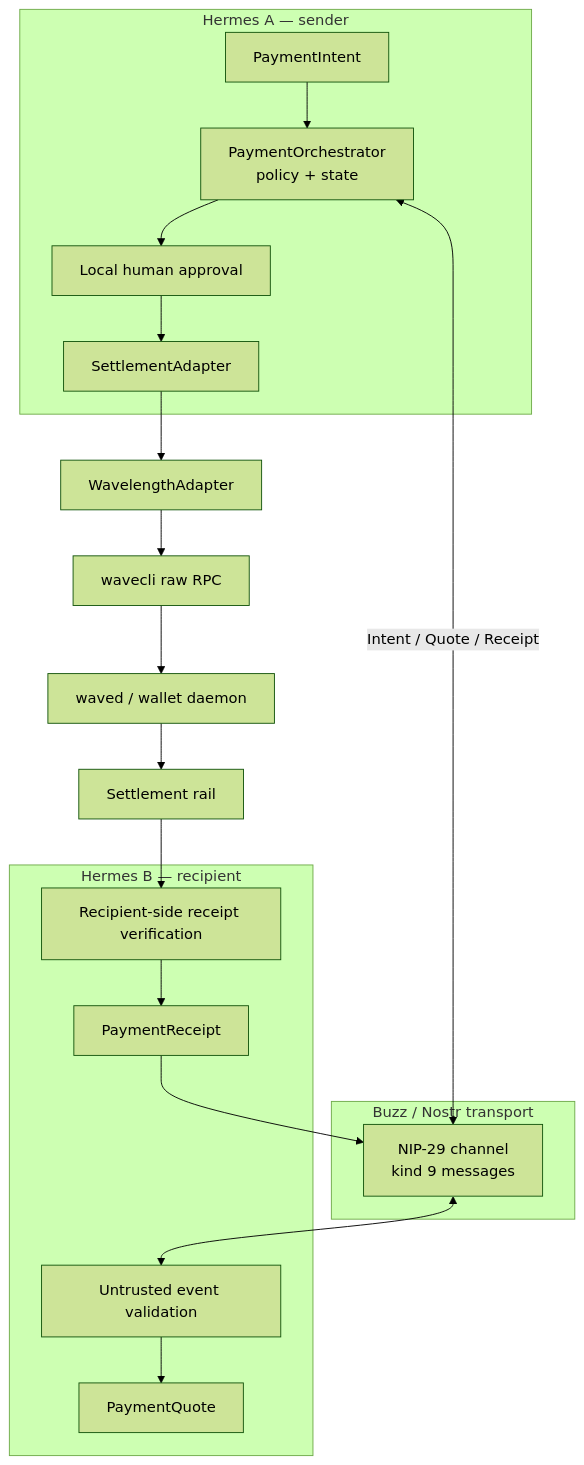
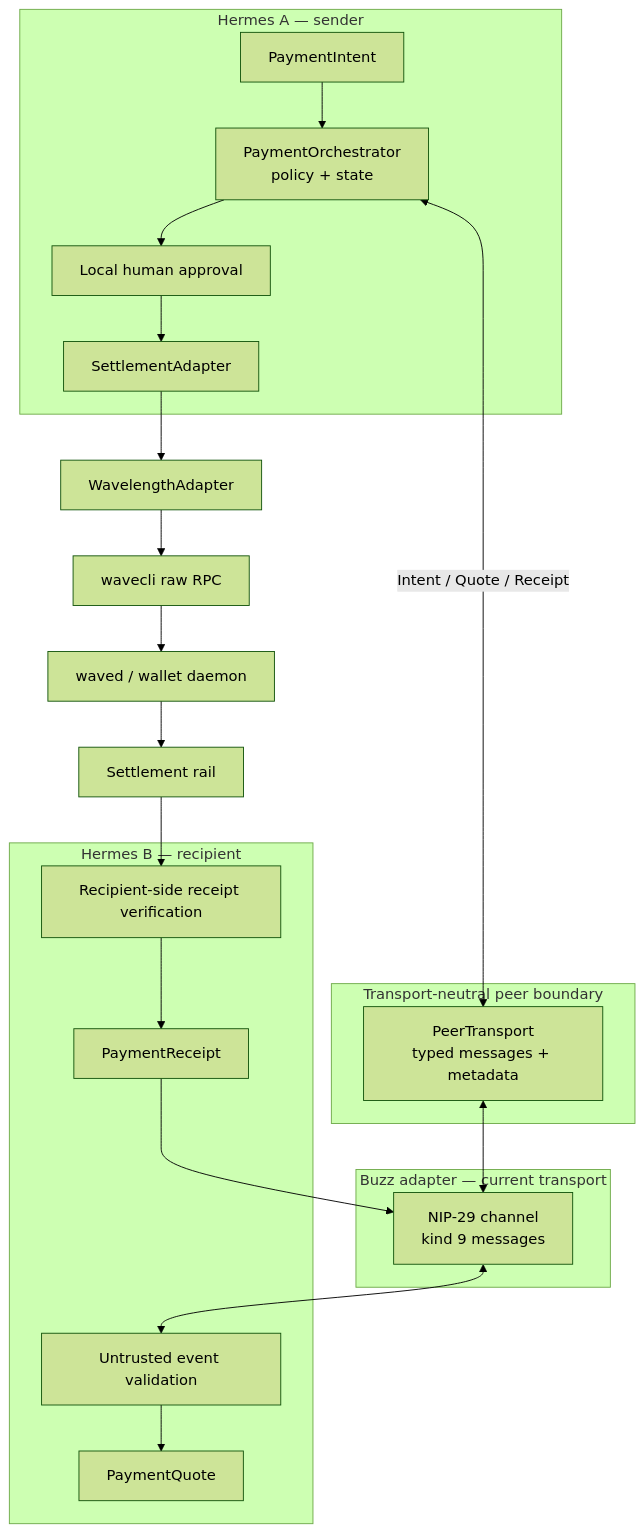
One commit to albidev/hermes-payments changed the diagram in docs/ARCHITECTURE.md. Above: the diagram before and after it, drawn with Mermaid (forest theme). The commit also changed other lines of this file and 21 other files, not shown here.

Commit message:
feat: add transport-neutral Hermes peer flow

````diff
--- a/docs/ARCHITECTURE.md
+++ b/docs/ARCHITECTURE.md
@@ -7,31 +7,35 @@
 ```mermaid
 flowchart TB
     subgraph H1[Hermes A — sender]
         intent[PaymentIntent]
         policy[PaymentOrchestrator\npolicy + state]
         approval[Local human approval]
         adapter[SettlementAdapter]
         intent --> policy
         policy --> approval
         approval --> adapter
     end
-    subgraph B[Buzz / Nostr transport]
+    subgraph PT[Transport-neutral peer boundary]
+        peer[PeerTransport\ntyped messages + metadata]
+    end
+    subgraph B[Buzz adapter — current transport]
         channel[NIP-29 channel\nkind 9 messages]
     end
     subgraph H2[Hermes B — recipient]
         validate[Untrusted event validation]
         quote[PaymentQuote]
         verify[Recipient-side receipt verification]
         receipt[PaymentReceipt]
         validate --> quote
         verify --> receipt
     end
-    policy <-->|Intent / Quote / Receipt| channel
+    policy <-->|Intent / Quote / Receipt| peer
+    peer <--> channel
     channel <--> validate
     adapter --> wavelength[WavelengthAdapter]
     wavelength --> rpc[wavecli raw RPC]
     rpc --> daemon[waved / wallet daemon]
     daemon --> rail[Settlement rail]
     rail --> verify
     receipt --> channel
 ```
````
